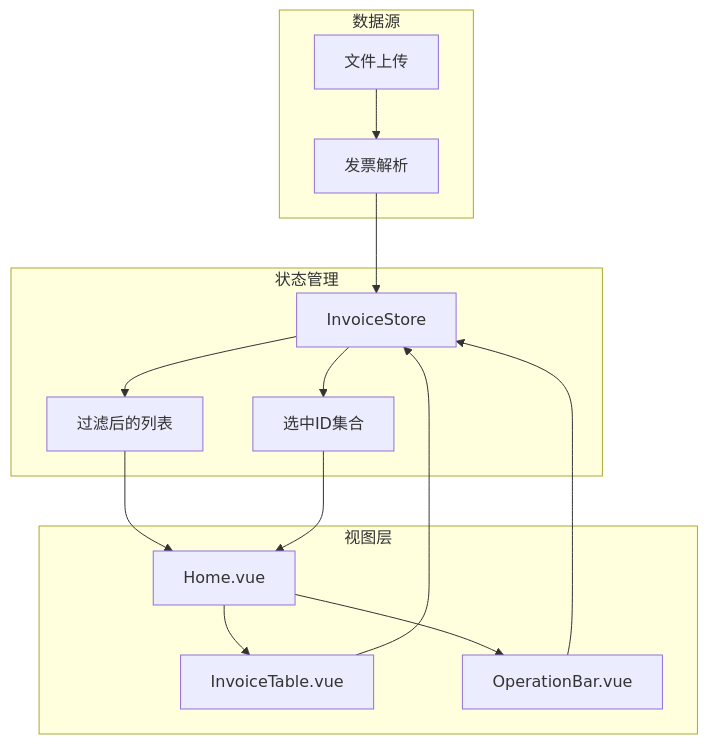
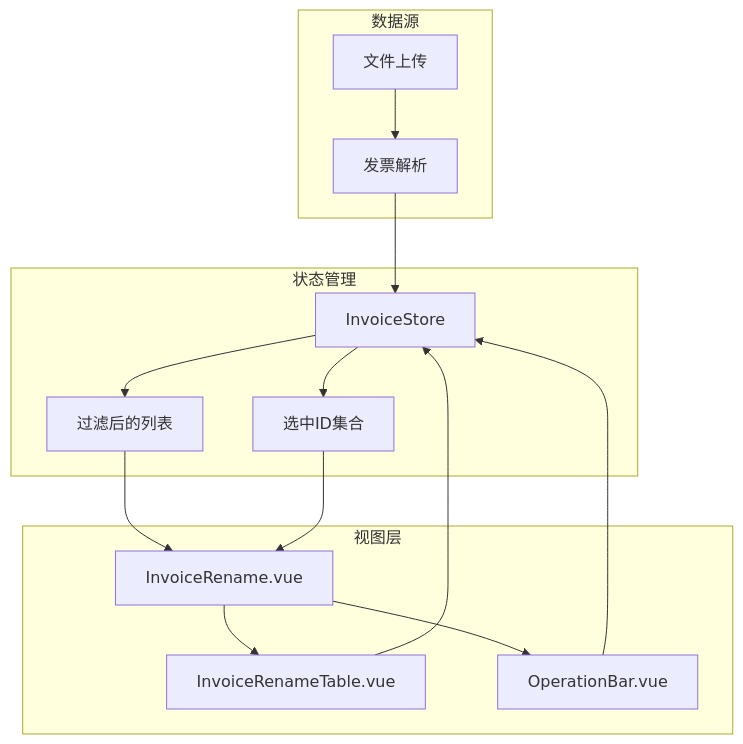
Before and after one commit to dunhuixiao/FinanceTools: the ninth of 10 diagrams in .qoder/repowiki/zh/content/组件架构设计/发票数据表格组件/发票重命名表格组件.md, drawn with Mermaid. The commit also changed other lines of this file and 4 other files, not shown here.

````diff
--- a/.qoder/repowiki/zh/content/组件架构设计/发票数据表格组件/发票重命名表格组件.md
+++ b/.qoder/repowiki/zh/content/组件架构设计/发票数据表格组件/发票重命名表格组件.md
@@ -452,27 +449,27 @@
 ```mermaid
 flowchart TD
 subgraph "数据源"
 FileUpload[文件上传]
 Parser[发票解析]
 end
 subgraph "状态管理"
 Store[InvoiceStore]
 FilteredList[过滤后的列表]
 SelectedIds[选中ID集合]
 end
 subgraph "视图层"
-HomeView[Home.vue]
-InvoiceTable[InvoiceTable.vue]
+InvoiceRenameView[InvoiceRename.vue]
+InvoiceRenameTable[InvoiceRenameTable.vue]
 OperationBar[OperationBar.vue]
 end
 FileUpload --> Parser
 Parser --> Store
 Store --> FilteredList
 Store --> SelectedIds
-FilteredList --> HomeView
-SelectedIds --> HomeView
-HomeView --> InvoiceTable
-HomeView --> OperationBar
-InvoiceTable --> Store
+FilteredList --> InvoiceRenameView
+SelectedIds --> InvoiceRenameView
+InvoiceRenameView --> InvoiceRenameTable
+InvoiceRenameView --> OperationBar
+InvoiceRenameTable --> Store
 OperationBar --> Store
 ```
````
